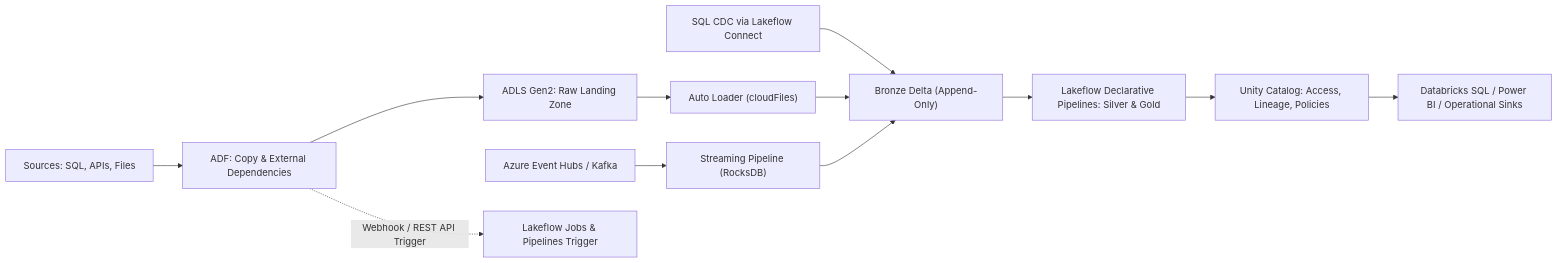
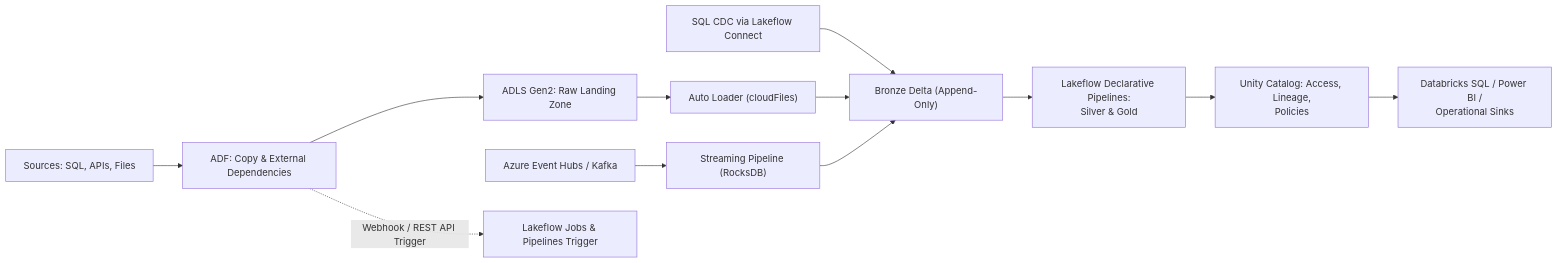
One commit to santoshjammi29/azure-databricks-project-blueprints changed the diagram in docs/00_platform_architecture_security.md. Above: the diagram before and after it, drawn with Mermaid. The commit also changed 4 other files, not shown here.

Commit message:
fix(diagrams): word-wrap labels and escape comparison operators across all diagrams

````diff
--- a/docs/00_platform_architecture_security.md
+++ b/docs/00_platform_architecture_security.md
@@ -5,14 +5,14 @@
 ```mermaid
 flowchart LR
     A["Sources: SQL, APIs, Files"] --> B["ADF: Copy & External Dependencies"]
     B --> C["ADLS Gen2: Raw Landing Zone"]
     C --> D["Auto Loader (cloudFiles)"]
     E["SQL CDC via Lakeflow Connect"] --> F["Bronze Delta (Append-Only)"]
     D --> F
     G["Azure Event Hubs / Kafka"] --> H["Streaming Pipeline (RocksDB)"]
     H --> F
-    F --> I["Lakeflow Declarative Pipelines: Silver & Gold"]
-    I --> J["Unity Catalog: Access, Lineage, Policies"]
-    J --> K["Databricks SQL / Power BI / Operational Sinks"]
-    B -.->|Webhook / REST API Trigger| L["Lakeflow Jobs & Pipelines Trigger"]
+    F --> I["Lakeflow Declarative Pipelines:<br/>Silver & Gold"]
+    I --> J["Unity Catalog: Access, Lineage,<br/>Policies"]
+    J --> K["Databricks SQL / Power BI /<br/>Operational Sinks"]
+    B -.->|"Webhook / REST API Trigger"| L["Lakeflow Jobs & Pipelines Trigger"]
 ```
````
